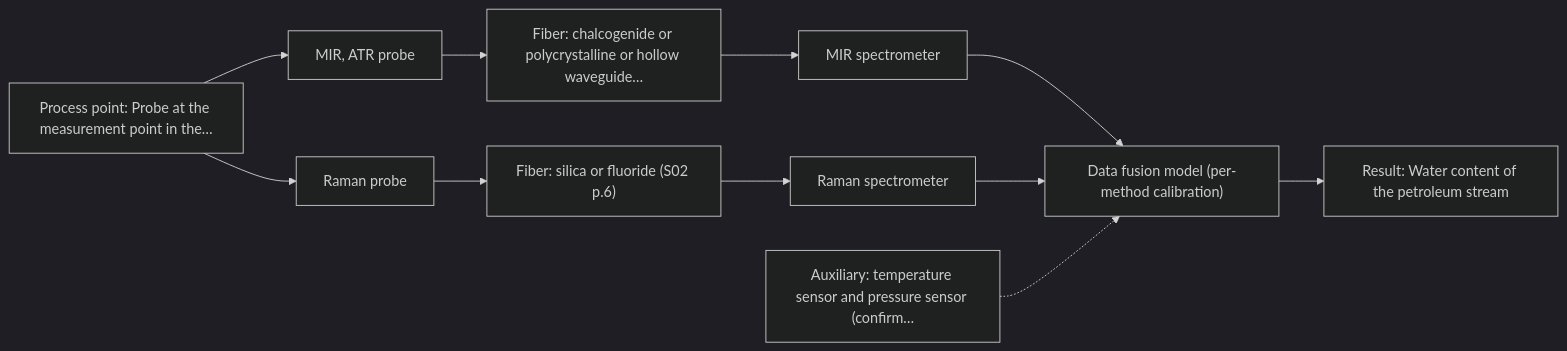
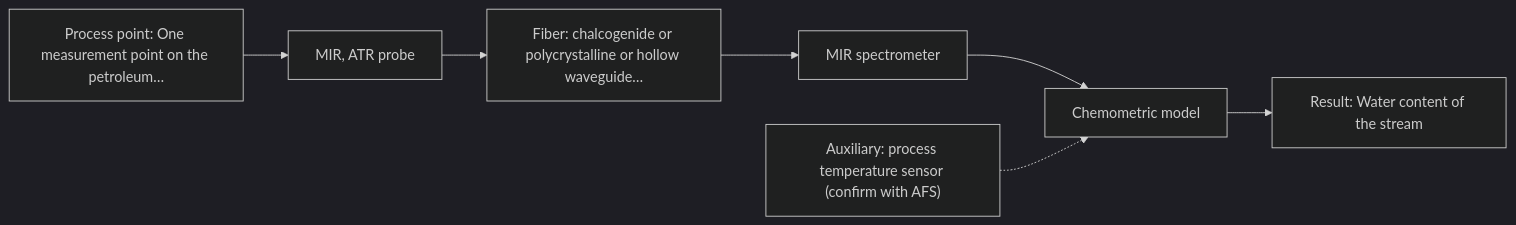
The diagram in outputs/dev/D06.md (sleipnir029/Afs-Spectroscopy-Assistant), drawn with Mermaid (dark theme) before and after one commit. The commit also changed other lines of this file and 15 other files, not shown here.

Commit message:
3.R2 dev run outputs: 8/8 complete, 0 hard failures, 227/227 citations, 14/14 charts

````diff
--- a/outputs/dev/D06.md
+++ b/outputs/dev/D06.md
@@ -35,23 +35,16 @@
 ```mermaid
 flowchart LR
-    proc["Process point: Probe at the measurement point in the…"]
+    proc["Process point: One measurement point on the petroleum…"]
     probe1["MIR, ATR probe"]
     fiber1["Fiber: chalcogenide or polycrystalline or hollow waveguide…"]
     spec1["MIR spectrometer"]
-    probe2["Raman probe"]
-    fiber2["Fiber: silica or fluoride (S02 p.6)"]
-    spec2["Raman spectrometer"]
-    model["Data fusion model (per-method calibration)"]
-    result["Result: Water content of the petroleum stream"]
-    aux1["Auxiliary: temperature sensor and pressure sensor (confirm…"]
+    model["Chemometric model"]
+    result["Result: Water content of the stream"]
+    aux1["Auxiliary: process temperature sensor (confirm with AFS)"]
     proc --> probe1
     probe1 --> fiber1
     fiber1 --> spec1
     spec1 --> model
-    proc --> probe2
-    probe2 --> fiber2
-    fiber2 --> spec2
-    spec2 --> model
     model --> result
     aux1 -.-> model
 ```
````
